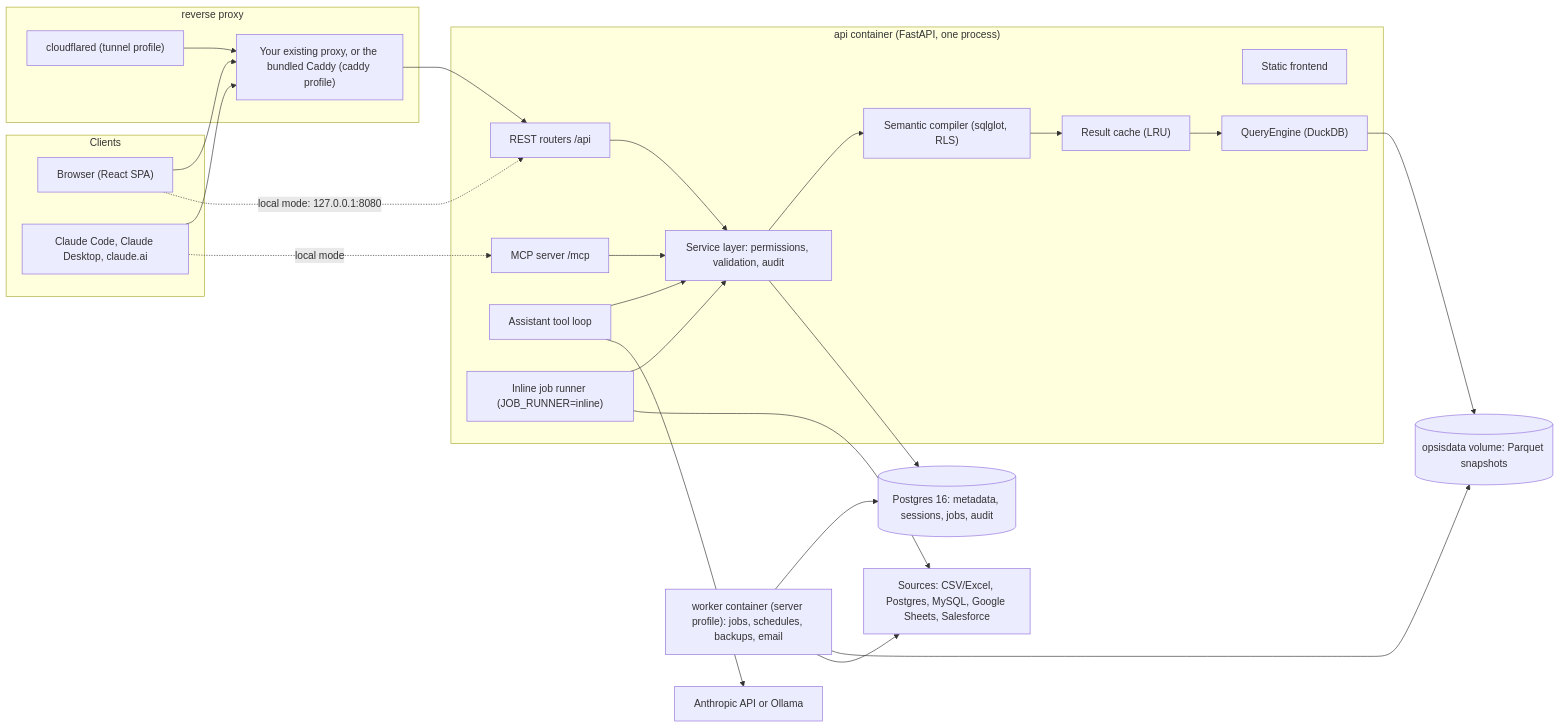
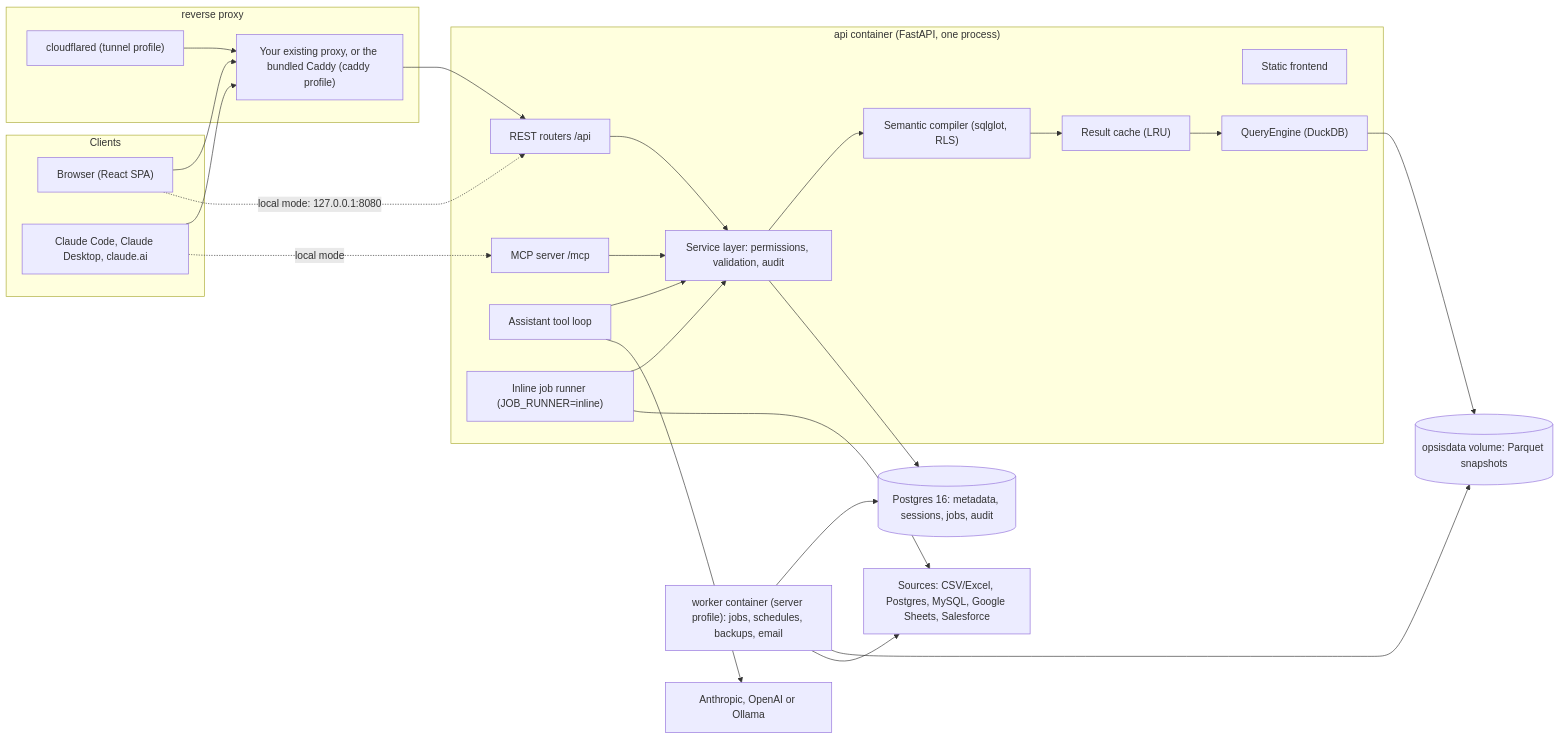
The first of 6 diagrams in docs/ARCHITECTURE.md (pundip/opsis), drawn with Mermaid before and after one commit. The commit also changed other lines of this file and 38 other files, not shown here.

````diff
--- a/docs/ARCHITECTURE.md
+++ b/docs/ARCHITECTURE.md
@@ -7,50 +7,50 @@
 ```mermaid
 flowchart LR
   subgraph clients["Clients"]
     browser["Browser (React SPA)"]
     agent["Claude Code, Claude Desktop, claude.ai"]
   end
 
   subgraph edge["reverse proxy"]
     cloudflared["cloudflared (tunnel profile)"]
     caddy["Your existing proxy, or the bundled Caddy (caddy profile)"]
   end
 
   subgraph api["api container (FastAPI, one process)"]
     rest["REST routers /api"]
     mcp["MCP server /mcp"]
     assistant["Assistant tool loop"]
     static["Static frontend"]
     services["Service layer: permissions, validation, audit"]
     compiler["Semantic compiler (sqlglot, RLS)"]
     cache["Result cache (LRU)"]
     engine["QueryEngine (DuckDB)"]
     inline["Inline job runner (JOB_RUNNER=inline)"]
   end
 
   worker["worker container (server profile): jobs, schedules, backups, email"]
   pg[("Postgres 16: metadata, sessions, jobs, audit")]
   data[("opsisdata volume: Parquet snapshots")]
   sources["Sources: CSV/Excel, Postgres, MySQL, Google Sheets, Salesforce"]
-  llm["Anthropic API or Ollama"]
+  llm["Anthropic, OpenAI or Ollama"]
 
   browser --> caddy
   agent --> caddy
   cloudflared --> caddy
   caddy --> rest
   browser -. "local mode: 127.0.0.1:8080" .-> rest
   agent -. "local mode" .-> mcp
 
   rest --> services
   mcp --> services
   assistant --> services
   assistant --> llm
   services --> compiler --> cache --> engine
   services --> pg
   engine --> data
   inline --> services
   worker --> pg
   worker --> data
   worker --> sources
   inline --> sources
 ```
````
